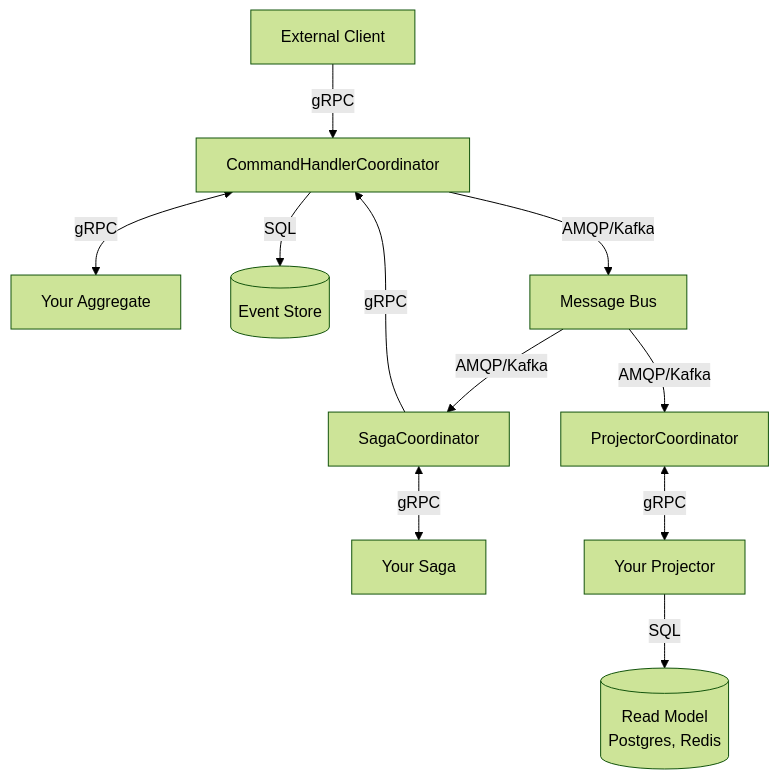
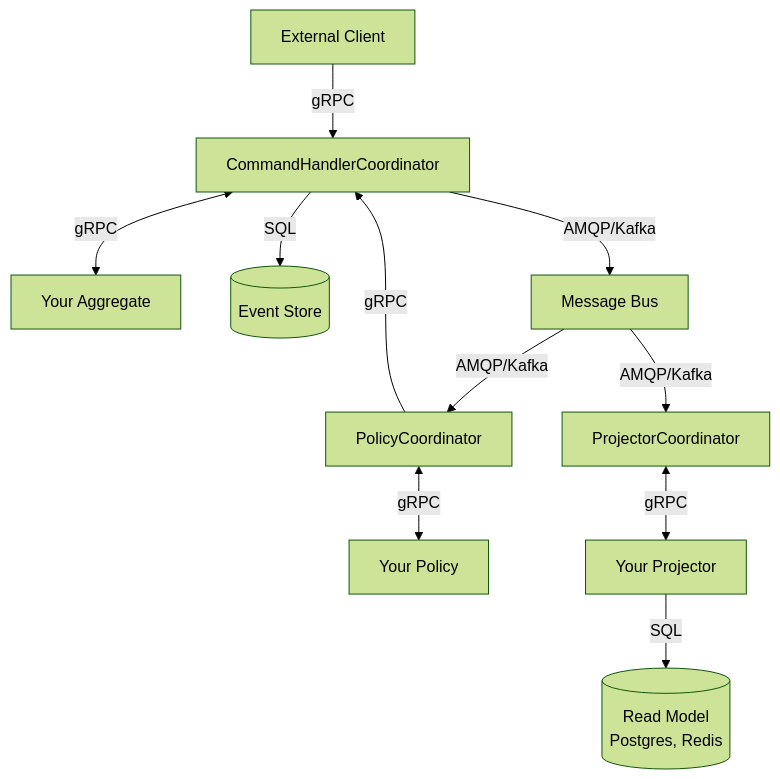
The first of 2 diagrams in site/src/content/docs/architecture.md (angzarr-io/angzarr-project), drawn with Mermaid (forest theme) before and after one commit. The commit also changed other lines of this file and 52 other files, not shown here.

````diff
--- a/site/src/content/docs/architecture.md
+++ b/site/src/content/docs/architecture.md
@@ -53,24 +53,24 @@
 ```mermaid
 flowchart TB
     Client[External Client]
     CHC[CommandHandlerCoordinator]
     Agg[Your Aggregate]
     ES[(Event Store)]
     BUS[Message Bus]
-    SC[SagaCoordinator]
+    SC[PolicyCoordinator]
     PC[ProjectorCoordinator]
-    Saga[Your Saga]
+    Policy[Your Policy]
     Proj[Your Projector]
     RM[(Read Model<br/>Postgres, Redis)]
 
     Client -->|gRPC| CHC
     CHC <-->|gRPC| Agg
     CHC -->|SQL| ES
     CHC -->|AMQP/Kafka| BUS
     BUS -->|AMQP/Kafka| SC
     BUS -->|AMQP/Kafka| PC
-    SC <-->|gRPC| Saga
+    SC <-->|gRPC| Policy
     SC -->|gRPC| CHC
     PC <-->|gRPC| Proj
     Proj -->|SQL| RM
 ```
````
